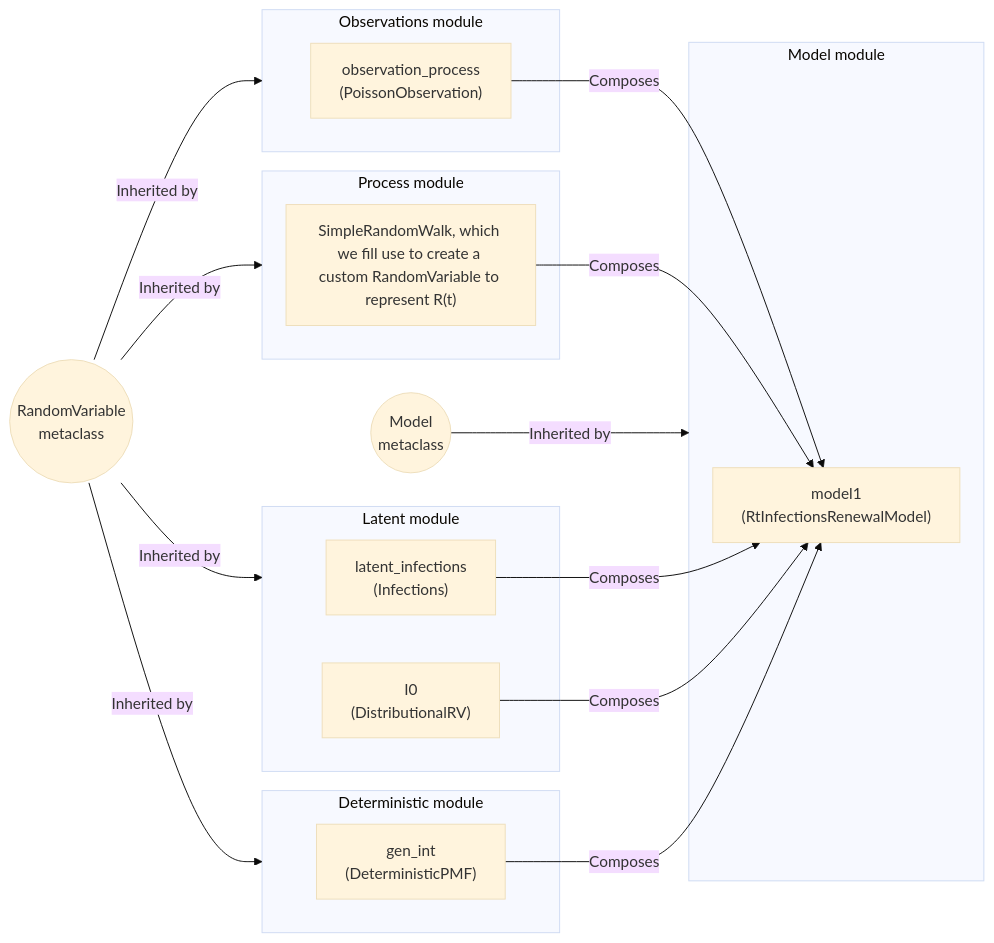
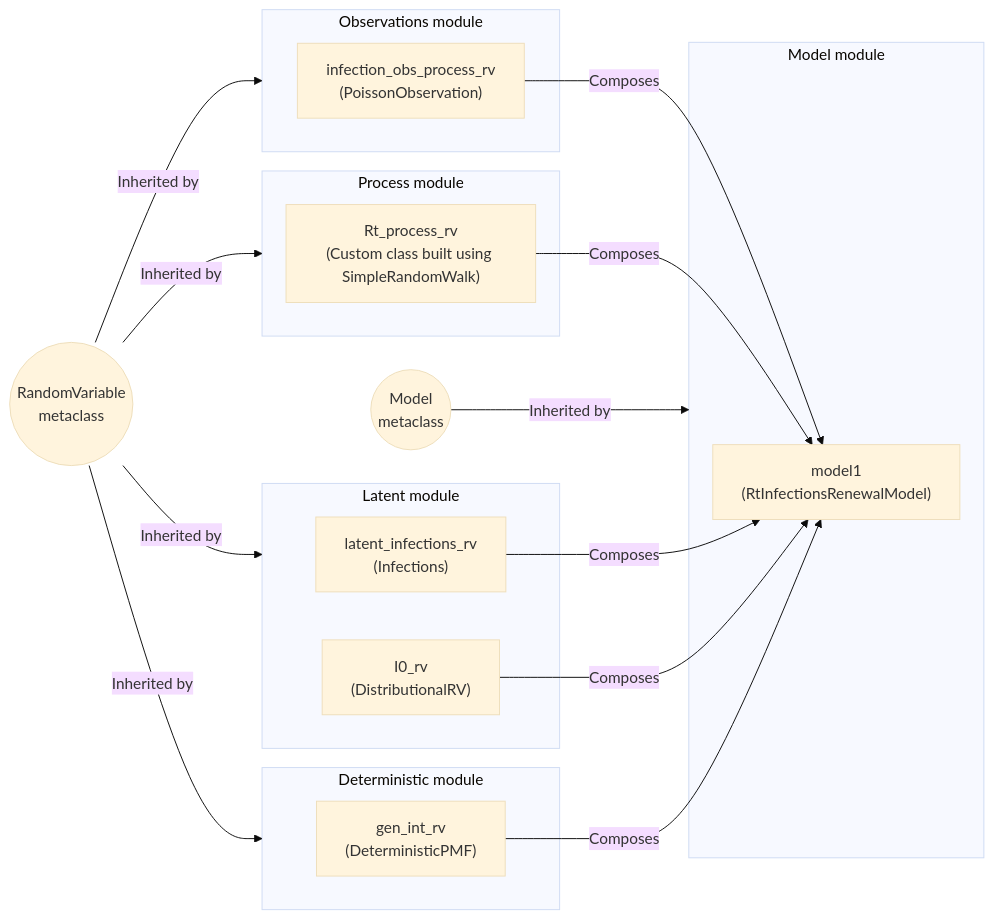
Before and after one commit to CDCgov/PyRenew: the first of 2 diagrams in docs/source/tutorials/basic_renewal_model.qmd, drawn with Mermaid (base theme).

Commit message:
Fix composition diagram

````diff
--- a/docs/source/tutorials/basic_renewal_model.qmd
+++ b/docs/source/tutorials/basic_renewal_model.qmd
@@ -51,40 +51,40 @@
 ```mermaid
 %%| label: overview-of-RtInfectionsRenewalModel
 %%| include: true
 flowchart LR
     rand((RandomVariable\nmetaclass))
     models((Model\nmetaclass))
 
     subgraph observations[Observations module]
-        obs["observation_process\n(PoissonObservation)"]
+        obs["infection_obs_process_rv\n(PoissonObservation)"]
     end
 
     subgraph latent[Latent module]
-        inf["latent_infections\n(Infections)"]
-        i0["I0\n(DistributionalRV)"]
+        inf["latent_infections_rv\n(Infections)"]
+        i0["I0_rv\n(DistributionalRV)"]
     end
 
     subgraph process[Process module]
-        rt["SimpleRandomWalk, which we fill use to create a custom RandomVariable to represent R(t)"]
+        rt["Rt_process_rv\n(Custom class built using SimpleRandomWalk)"]
     end
 
     subgraph deterministic[Deterministic module]
-        detpmf["gen_int\n(DeterministicPMF)"]
+        detpmf["gen_int_rv\n(DeterministicPMF)"]
     end
 
     subgraph model[Model module]
         model1["model1\n(RtInfectionsRenewalModel)"]
     end
 
     rand-->|Inherited by|observations
     rand-->|Inherited by|process
     rand-->|Inherited by|latent
     rand-->|Inherited by|deterministic
     models-->|Inherited by|model
 
     detpmf-->|Composes|model1
     i0-->|Composes|model1
     rt-->|Composes|model1
     obs-->|Composes|model1
     inf-->|Composes|model1
 ```
````
